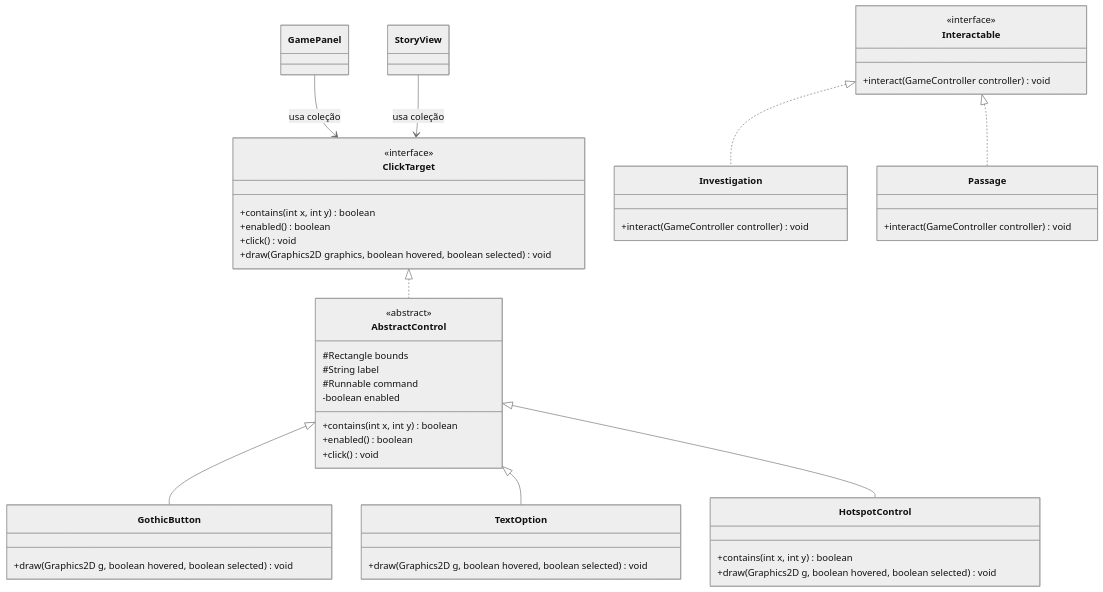
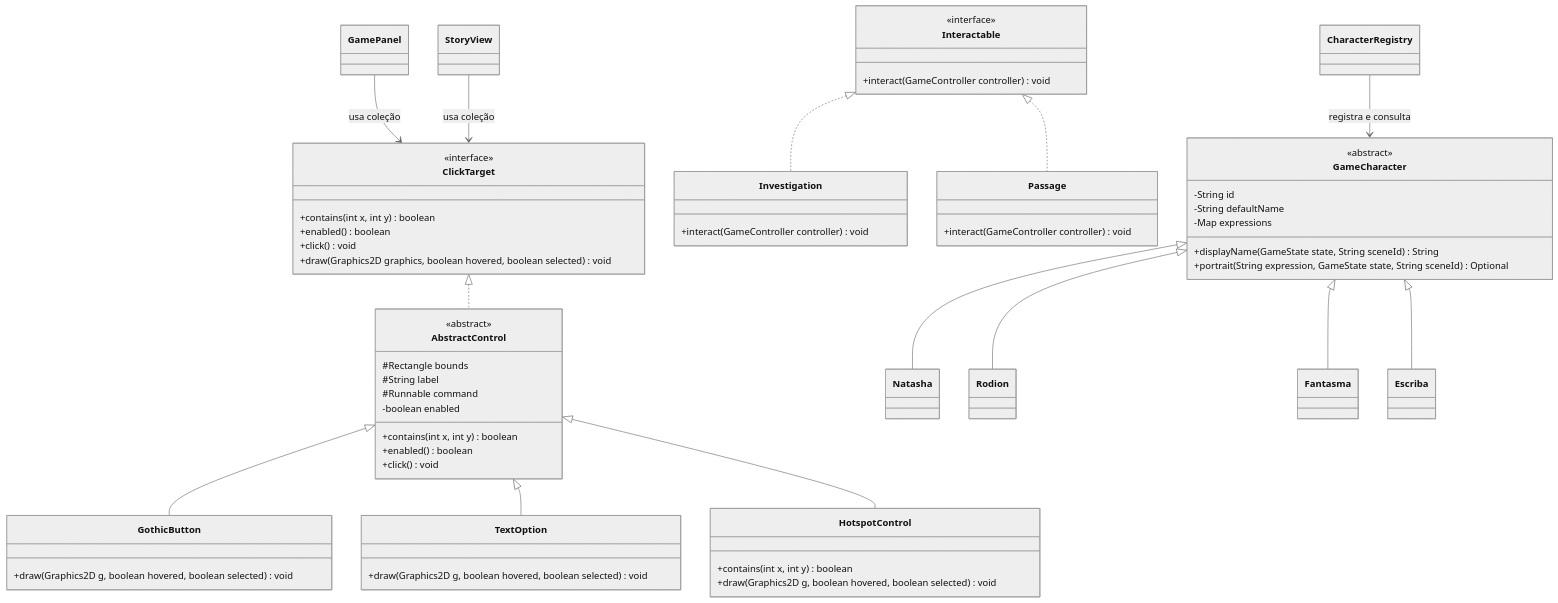
Before and after one commit to FelipeNRamalho/a-biblioteca-das-almas-java: the second of 2 diagrams in docs/documentacao-academica.md, drawn with Mermaid (neutral theme). The commit also changed other lines of this file and 9 other files, not shown here.

````diff
--- a/docs/documentacao-academica.md
+++ b/docs/documentacao-academica.md
@@ -225,51 +258,65 @@
 ```mermaid
 classDiagram
     direction TB
     class ClickTarget {
         <<interface>>
         +contains(int x, int y) boolean
         +enabled() boolean
         +click() void
         +draw(Graphics2D graphics, boolean hovered, boolean selected) void
     }
     class AbstractControl {
         <<abstract>>
         #Rectangle bounds
         #String label
         #Runnable command
         -boolean enabled
         +contains(int x, int y) boolean
         +enabled() boolean
         +click() void
     }
     class GothicButton {
         +draw(Graphics2D g, boolean hovered, boolean selected) void
     }
     class TextOption {
         +draw(Graphics2D g, boolean hovered, boolean selected) void
     }
     class HotspotControl {
         +contains(int x, int y) boolean
         +draw(Graphics2D g, boolean hovered, boolean selected) void
     }
     class GamePanel
     class StoryView
     class Interactable {
         <<interface>>
         +interact(GameController controller) void
     }
     class Investigation {
         +interact(GameController controller) void
     }
     class Passage {
         +interact(GameController controller) void
     }
+    class GameCharacter {
+        <<abstract>>
+        -String id
+        -String defaultName
+        -Map expressions
+        +displayName(GameState state, String sceneId) String
+        +portrait(String expression, GameState state, String sceneId) Optional
+    }
+    class CharacterRegistry
     ClickTarget <|.. AbstractControl
     AbstractControl <|-- GothicButton
     AbstractControl <|-- TextOption
     AbstractControl <|-- HotspotControl
     GamePanel --> ClickTarget : usa coleção
     StoryView --> ClickTarget : usa coleção
     Interactable <|.. Investigation
     Interactable <|.. Passage
+    GameCharacter <|-- Natasha
+    GameCharacter <|-- Rodion
+    GameCharacter <|-- Fantasma
+    GameCharacter <|-- Escriba
+    CharacterRegistry --> GameCharacter : registra e consulta
 ```
````
